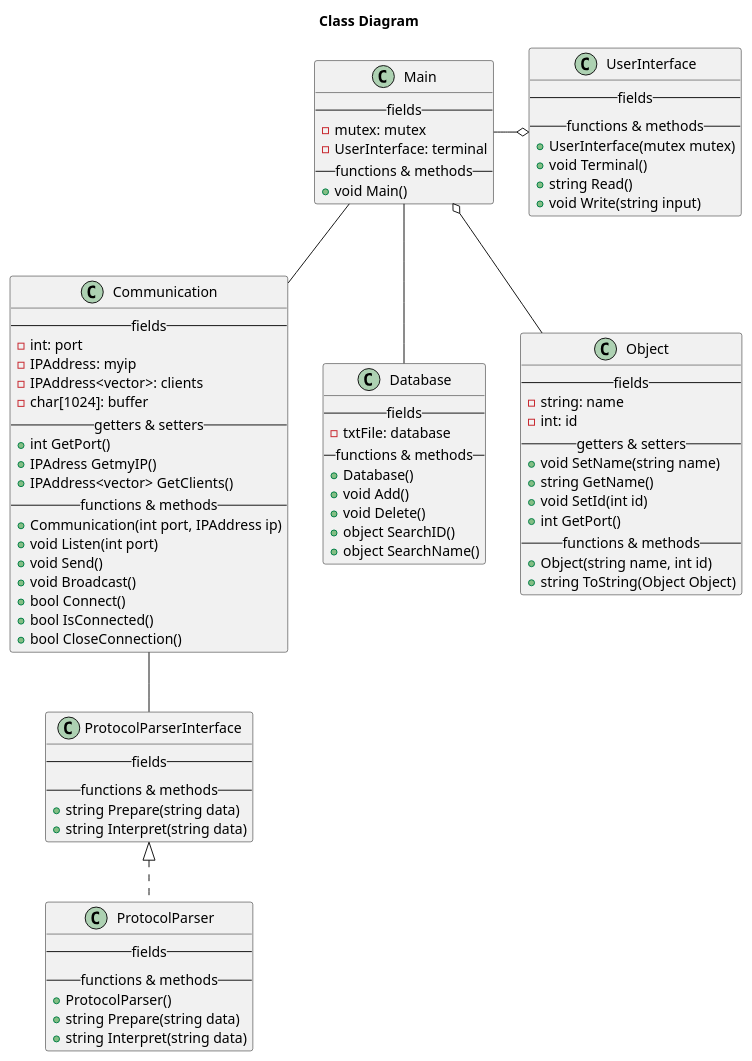
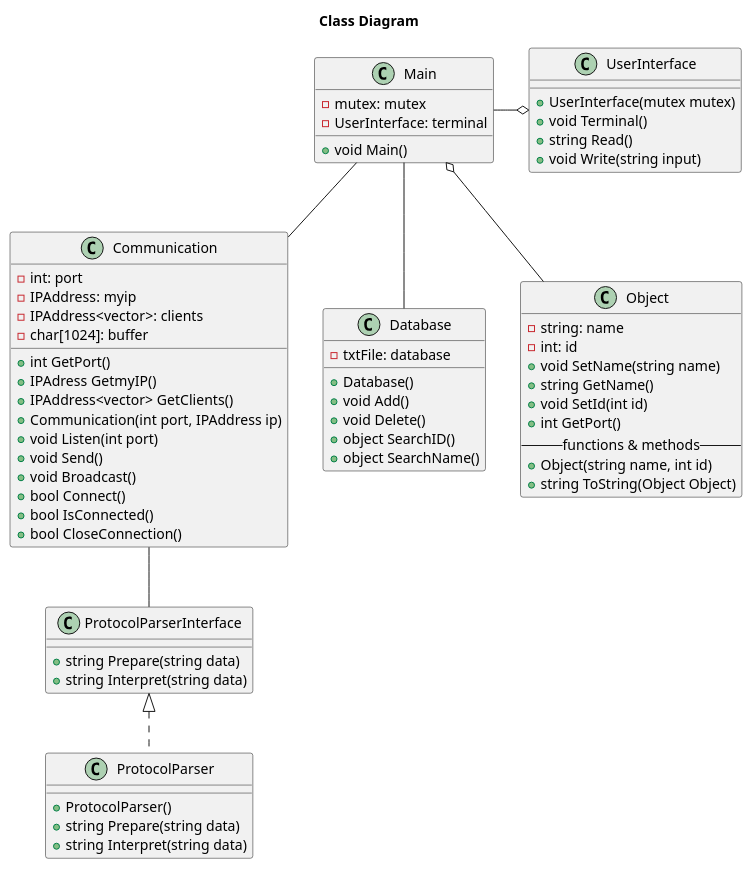
One commit to T3-FindIt/FindIt changed the diagram in Designs/Server Design/Design.wsd. Above: the diagram before and after it, drawn with PlantUML.

Commit message:
Removed -- xxx -- Does not follow style used in previous diagrams

```diff
--- a/Designs/Server Design/Design.wsd
+++ b/Designs/Server Design/Design.wsd
@@ -1,130 +1,114 @@
 @startuml ClassDiagram
 Title Class Diagram
 
 ' websocket code in github
 Class Communication
 {
-    -- fields --
     ' client class/struct maken?
     {field} - int: port
     {field} - IPAddress: myip
     {field} - IPAddress<vector>: clients
     {field} - char[1024]: buffer
     ' change char array to string?
-    -- getters & setters --
     ' {method} + void SetPort(int port)
     {method} + int GetPort()
     ' {method} + void setIP(IPAdress IP)
     {method} + IPAdress GetmyIP()
     {method} + IPAddress<vector> GetClients()
-    -- functions & methods --
     {method} + Communication(int port, IPAddress ip)
     {method} + void Listen(int port)
     {method} + void Send()
     {method} + void Broadcast()
     {method} + bool Connect()
     {method} + bool IsConnected()
     {method} + bool CloseConnection()
 }
 
 Class Database
 {
-    -- fields --
     ' change txtFile
     {field} - txtFile: database
-    -- functions & methods --
     {method} + Database()
     {method} + void Add()
     {method} + void Delete()
     {method} + object SearchID()
     {method} + object SearchName()
     ' {method} + void Searchtype()
 }
 
 ' enum with types, or a simple string?
 ' struct instead of class?
 Class Object
 {
-    -- fields --
     {field} - string: name
     {field} - int: id
     ' {field} - string type
-    -- getters & setters --
     {method} + void SetName(string name)
     {method} + string GetName()
     {method} + void SetId(int id)
     {method} + int GetPort()
     ' {method} + void SetType(string type)
     ' {method} + string GetType()
     -- functions & methods --
     {method} + Object(string name, int id)
     {method} + string ToString(Object Object)
 }
 
 Class ProtocolParserInterface
 {
-    -- fields --
-    -- functions & methods --
-    ' pointers?
     {method} + string Prepare(string data)
     {method} + string Interpret(string data)
 }
 
 Class ProtocolParser
 {
-    -- fields --
-    -- functions & methods --
     {method} + ProtocolParser()
     {method} + string Prepare(string data)
     {method} + string Interpret(string data)
 }
 
 ' simple terminal UI
 Class UserInterface
 {
-    -- fields --
-    -- functions & methods --
     {method} + UserInterface(mutex mutex)
     {method} + void Terminal()
     {method} + string Read()
     {method} + void Write(string input)
 }
 
 Class Main
 {
-    -- fields --
     {field} - mutex: mutex
     {field} - UserInterface: terminal
-    -- functions & methods --
     {method} + void Main()
 }
 
 ' note left of JsonBuilder : Implementatie wordt geleverd door de\nArduinoJson Library
 ' note top of JsonBuilder : Kijk naar gebruik van pointers
 
 ' EMPTY CLASSES
 ' Class CANBus
 ' END OF EMPYY CLASSES
 
 Main -o UserInterface
 Main o-- Object
 Main -- Database
 Main -- Communication
 ProtocolParserInterface <|.. ProtocolParser
 Communication -- ProtocolParserInterface
 ' IMasterSlave <|.. I2C
 ' IMasterSlave <|.. CANBus
 ' IDipSwitch <|.. DipSwitch
 
 ' Controller "1" o-- "1" WiFiHandler
 ' Controller "1" o-- "1" IMasterSlave
 ' Controller "1" o-- "1" JsonBuilder
 ' Controller "1" o-down- "1" IDipSwitch
 ' Controller "1" o-- "1" WebSocketHandler
 
 ' WiFiHandler "1" o-- "1" WiFiData
 ' WebSocketHandler "1" o-- "1" WebsocketData
 
 ' See if we should separate WebSocket & WiFi
 ' object opslaan als JSON objecten?
 @enduml
```
